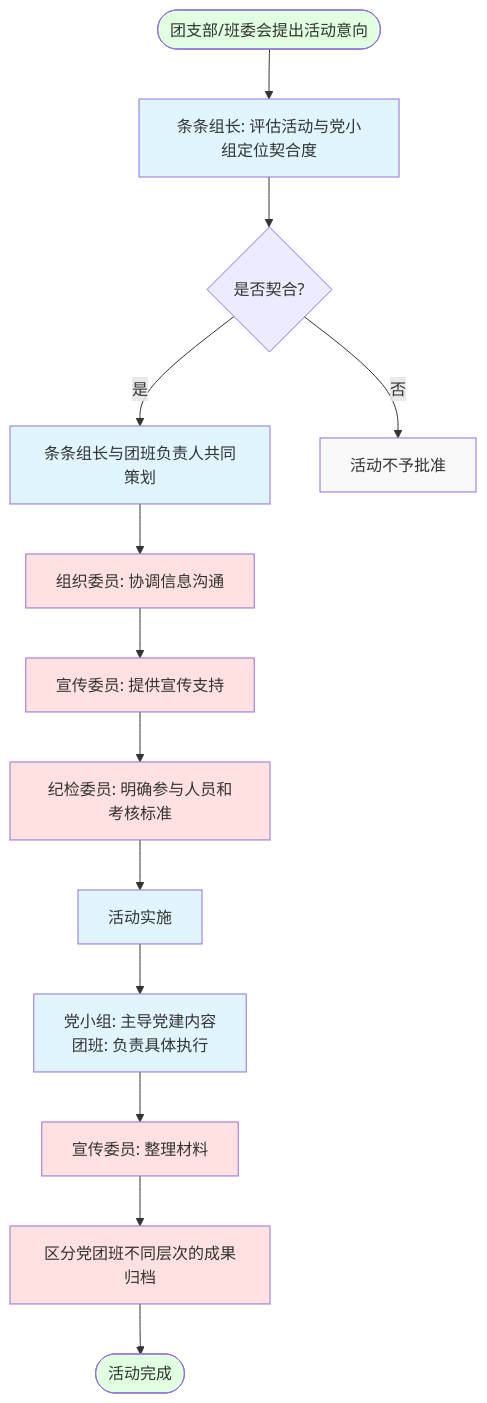
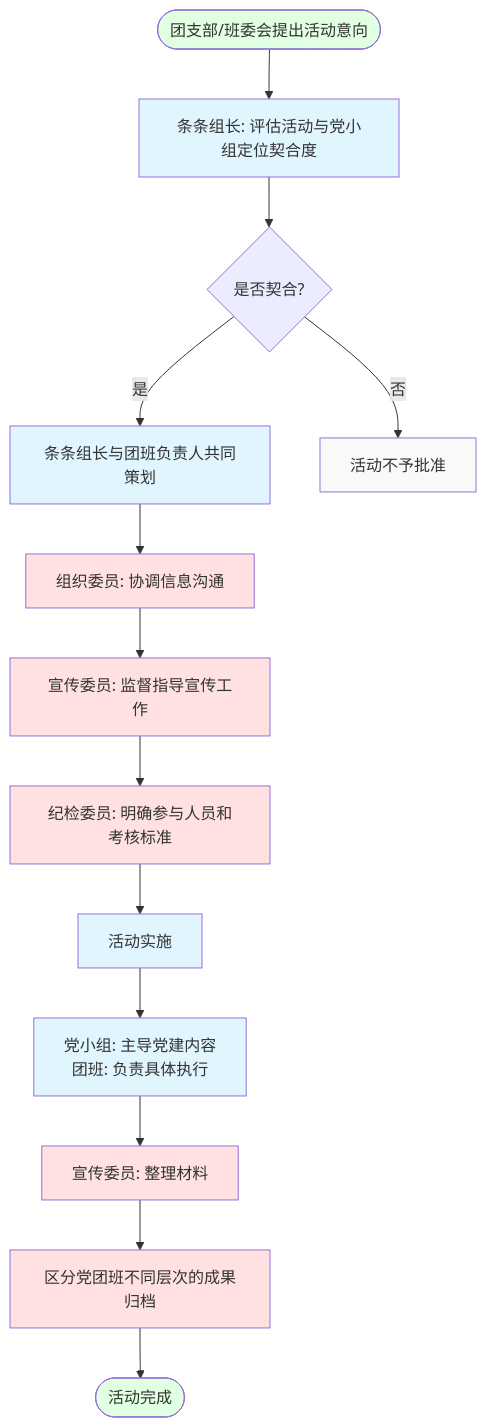
One commit to czhgo/GSM1921-SOP changed the sixth of 9 diagrams in 流程指南/工作流程图-定人定责定岗.md. Above: the diagram before and after it, drawn with Mermaid. The commit also changed 3 other files, not shown here.

````diff
--- a/流程指南/工作流程图-定人定责定岗.md
+++ b/流程指南/工作流程图-定人定责定岗.md
@@ -255,48 +255,48 @@
 ```mermaid
 flowchart TD
     Start([团支部/班委会提出活动意向])
     
     A[条条组长: 评估活动与党小组定位契合度]
     B{是否契合?}
     C[条条组长与团班负责人共同策划]
     
     D1[组织委员: 协调信息沟通]
-    D2[宣传委员: 提供宣传支持]
+    D2[宣传委员: 监督指导宣传工作]
     D3[纪检委员: 明确参与人员和考核标准]
     
     E[活动实施]
     F[党小组: 主导党建内容<br/>团班: 负责具体执行]
     
     G1[宣传委员: 整理材料]
     G2[区分党团班不同层次的成果归档]
     
     H[活动不予批准]
     
     End([活动完成])
     
     Start --> A
     A --> B
     B -->|是| C
     B -->|否| H
     C --> D1
     D1 --> D2
     D2 --> D3
     D3 --> E
     E --> F
     F --> G1
     G1 --> G2
     G2 --> End
     
     style Start fill:#e1ffe1
     style A fill:#e1f5ff
     style C fill:#e1f5ff
     style D1 fill:#ffe1e1
     style D2 fill:#ffe1e1
     style D3 fill:#ffe1e1
     style E fill:#e1f5ff
     style F fill:#e1f5ff
     style G1 fill:#ffe1e1
     style G2 fill:#ffe1e1
     style H fill:#f9f9f9
     style End fill:#e1ffe1
 ```
````
